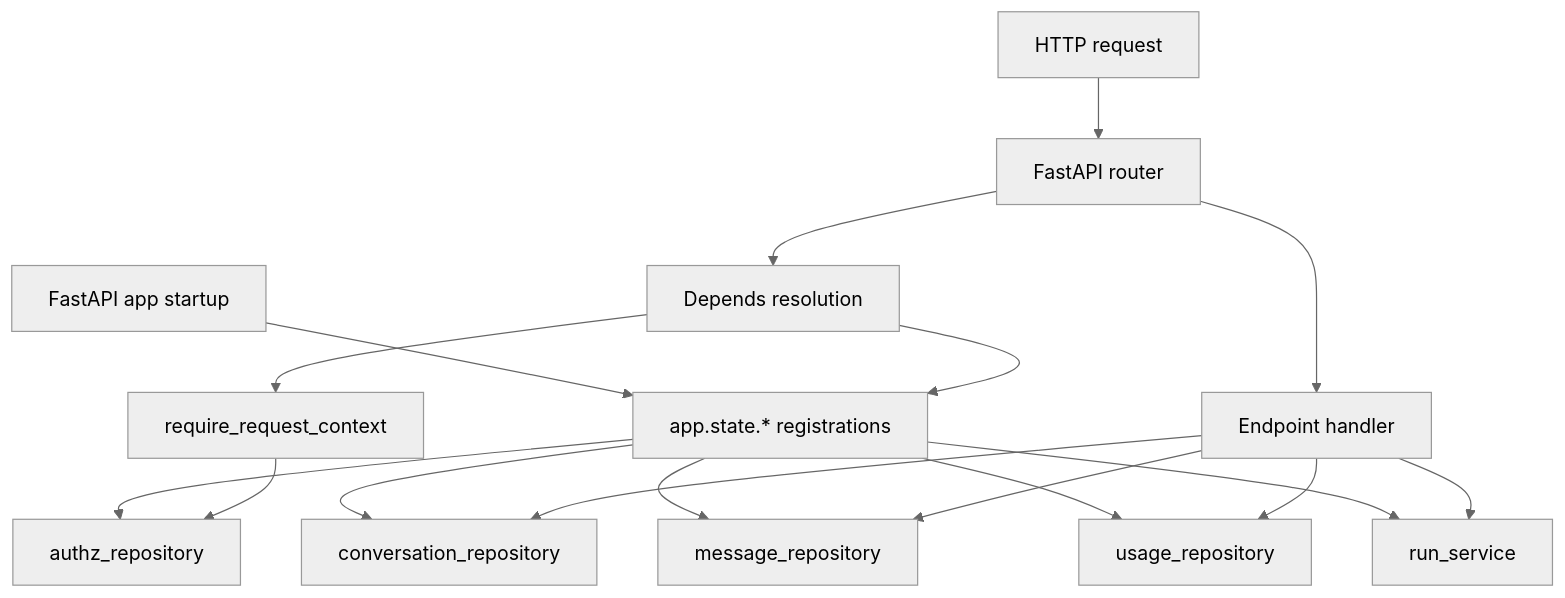
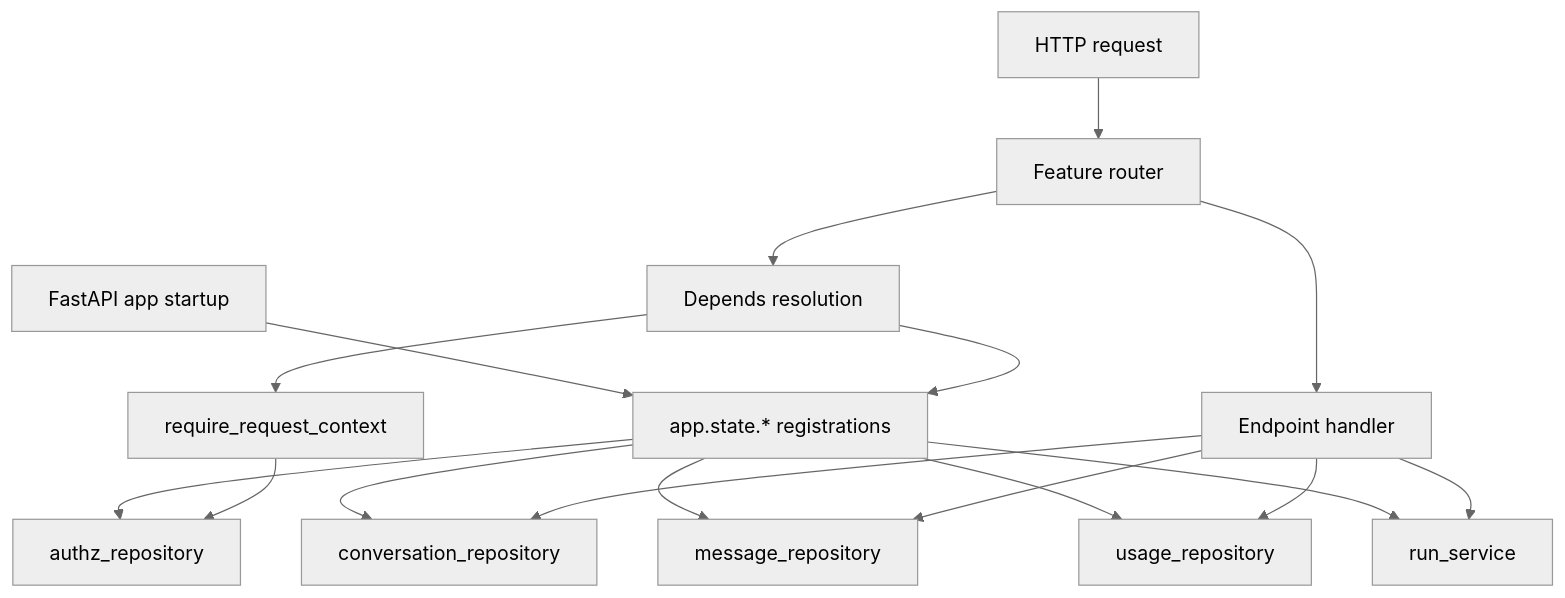
The third of 4 diagrams in docs/architecture-back.md (tsutsu3/ai-sdk-vite-fastapi-sample), drawn with Mermaid (neutral theme) before and after one commit. The commit also changed other lines of this file and 299 other files, not shown here.

````diff
--- a/docs/architecture-back.md
+++ b/docs/architecture-back.md
@@ -116,20 +137,20 @@
 ```mermaid
 flowchart TD
   App[FastAPI app startup] --> State[app.state.* registrations]
   State --> AuthzRepo[authz_repository]
   State --> ConversationRepo[conversation_repository]
   State --> MessageRepo[message_repository]
   State --> UsageRepo[usage_repository]
   State --> RunService[run_service]
 
-  Request[HTTP request] --> Router[FastAPI router]
+  Request[HTTP request] --> Router[Feature router]
   Router --> Depends["Depends resolution"]
   Depends --> State
   Depends --> RequestContext[require_request_context]
   RequestContext --> AuthzRepo
   Router --> Handler[Endpoint handler]
   Handler --> RunService
   Handler --> ConversationRepo
   Handler --> MessageRepo
   Handler --> UsageRepo
 ```
````
